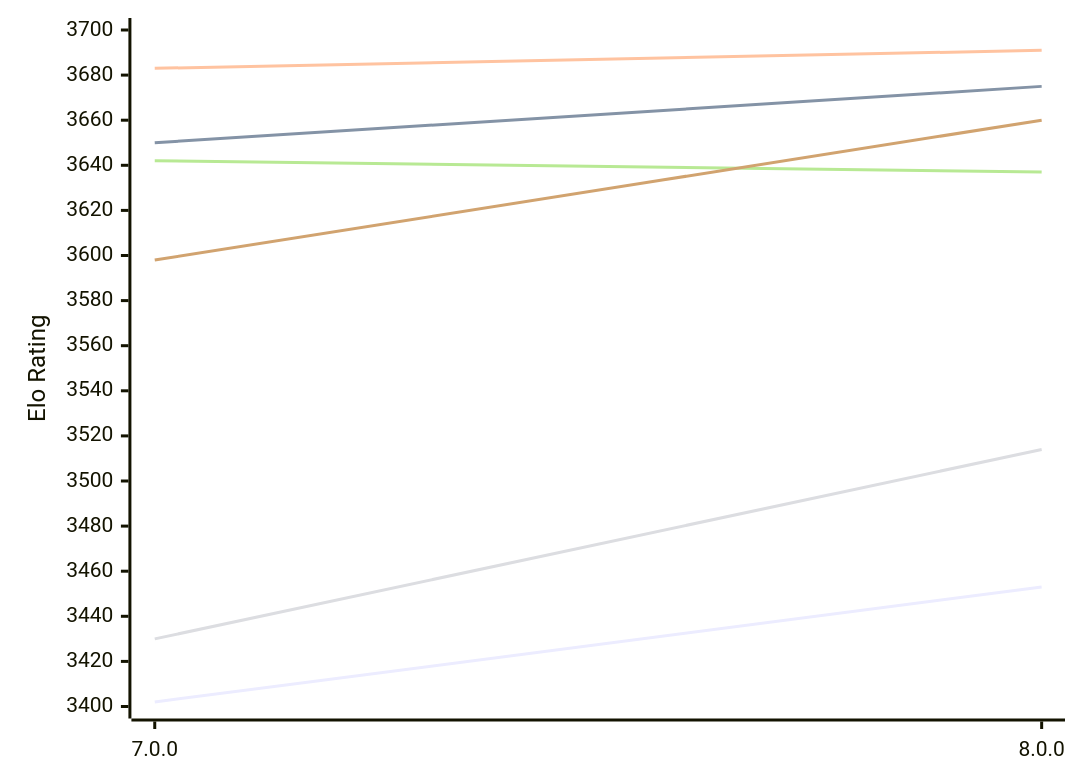
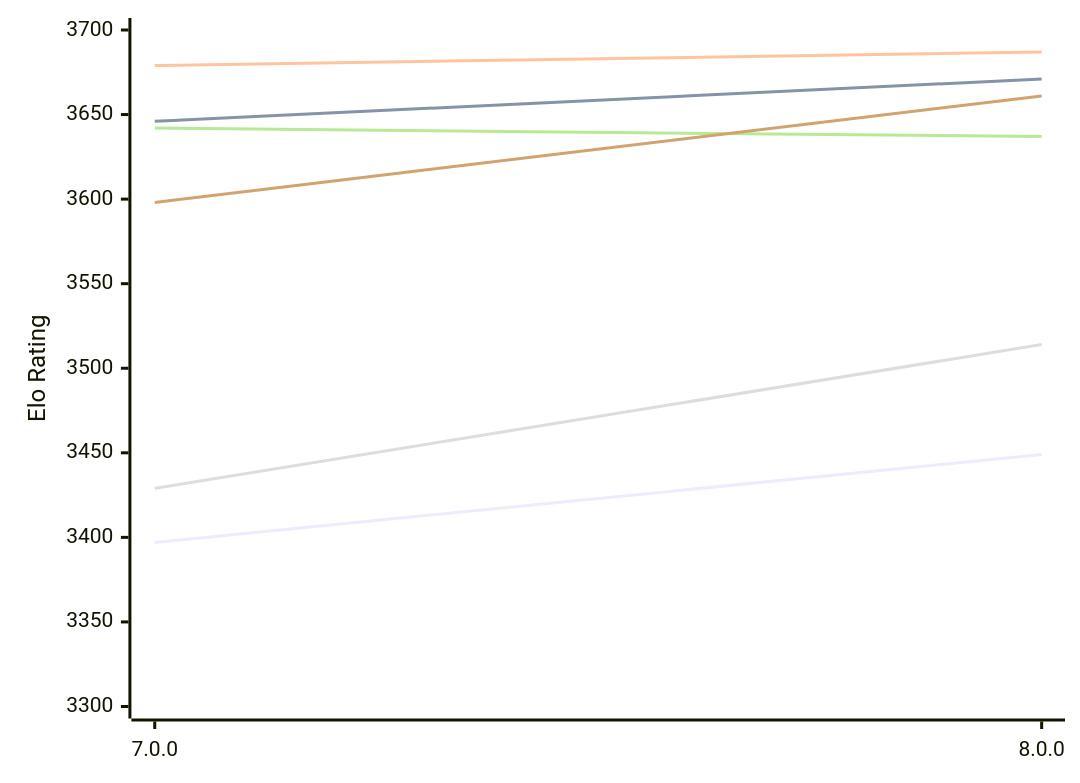
The first of 2 diagrams in engines/PlentyChess.md (computer-chess-index/cci), drawn with Mermaid before and after one commit. The commit also changed other lines of this file, not shown here.

Commit message:
Update CCI Ratings (ELO VLTC) - 2026-11-26

````diff
--- a/engines/PlentyChess.md
+++ b/engines/PlentyChess.md
@@ -55,12 +55,12 @@
 ```mermaid
 %%{init: {"theme":"base","themeVariables":{"seriesColors:['#a3a3a3','#222221','#faa371']}}}%%
 xychart-beta
   x-axis ["7.0.0", "8.0.0"]
-  y-axis "Elo Rating" 3400 --> 3700
-  line "E1: STC (8.0+0.08s)" [3402, 3453]
-  line "E1: LTC (60.0+0.60s)" [3650, 3675]
-  line "E1: VLTC (2m24s+1.12s)" [3683, 3691]
-  line "P1: STC (8.0+0.08s)" [3430, 3514]
+  y-axis "Elo Rating" 3300 --> 3700
+  line "E1: STC (8.0+0.08s)" [3397, 3449]
+  line "E1: LTC (60.0+0.60s)" [3646, 3671]
+  line "E1: VLTC (2m24s+1.12s)" [3679, 3687]
+  line "P1: STC (8.0+0.08s)" [3429, 3514]
   line "P1: LTC (60.0+0.60s)" [3642, 3637]
-  line "P1: VLTC (2m24s+1.12s)" [3598, 3660]
+  line "P1: VLTC (2m24s+1.12s)" [3598, 3661]
 ```
````
